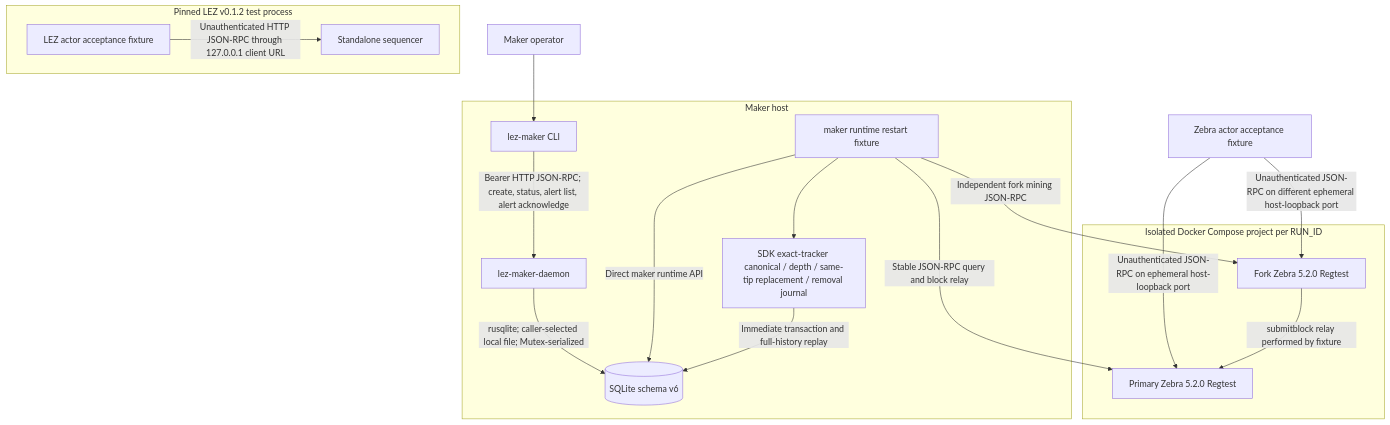
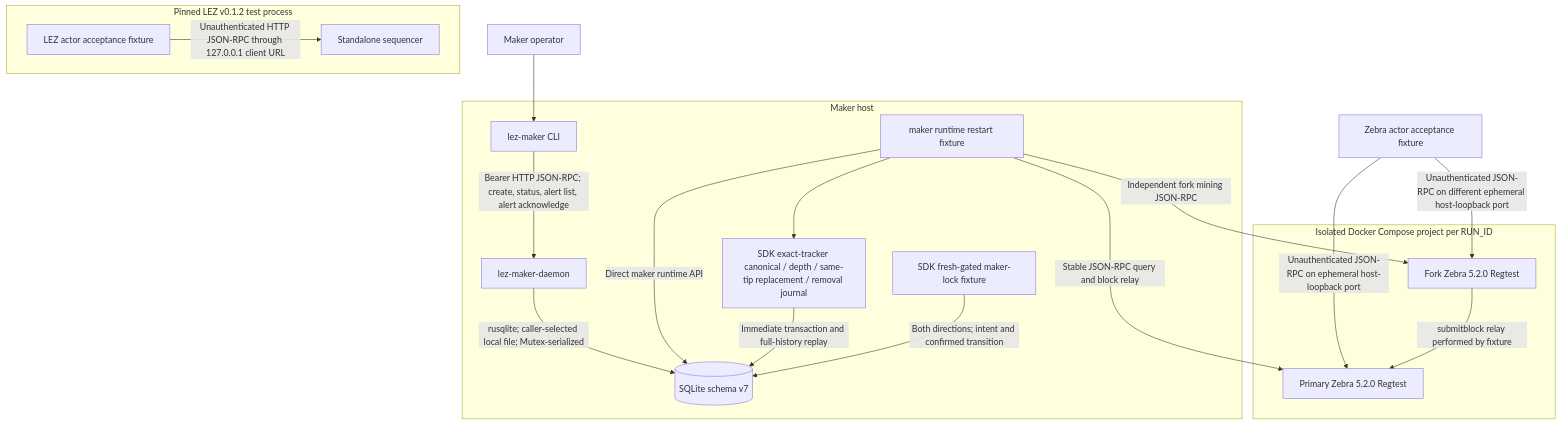
Before and after one commit to gateway-fm/lez-atomic-swaps: the first of 4 diagrams in docs/architecture/deployment-components-and-rpcs.md, drawn with Mermaid. The commit also changed other lines of this file and 24 other files, not shown here.

Commit message:
feat: persist fresh-gated maker locks

````diff
--- a/docs/architecture/deployment-components-and-rpcs.md
+++ b/docs/architecture/deployment-components-and-rpcs.md
@@ -13,37 +13,39 @@
 ```mermaid
 flowchart TB
     Operator["Maker operator"]
 
     subgraph MakerHost["Maker host"]
         CLI["lez-maker CLI"]
         Daemon["lez-maker-daemon"]
-        Store[("SQLite schema v6")]
+        Store[("SQLite schema v7")]
         RuntimeTest["maker runtime restart fixture"]
         SdkJournal["SDK exact-tracker canonical / depth / same-tip replacement / removal journal"]
+        SdkMaker["SDK fresh-gated maker-lock fixture"]
     end
 
     subgraph ZebraProject["Isolated Docker Compose project per RUN_ID"]
         ZebraPrimary["Primary Zebra 5.2.0 Regtest"]
         ZebraFork["Fork Zebra 5.2.0 Regtest"]
     end
 
     ZebraTest["Zebra actor acceptance fixture"]
 
     subgraph LezProcess["Pinned LEZ v0.1.2 test process"]
         LezTest["LEZ actor acceptance fixture"]
         LezNode["Standalone sequencer"]
     end
 
     Operator --> CLI
     CLI -->|"Bearer HTTP JSON-RPC; create, status, alert list, alert acknowledge"| Daemon
     Daemon -->|"rusqlite; caller-selected local file; Mutex-serialized"| Store
     RuntimeTest -->|"Direct maker runtime API"| Store
     RuntimeTest --> SdkJournal
     SdkJournal -->|"Immediate transaction and full-history replay"| Store
+    SdkMaker -->|"Both directions; intent and confirmed transition"| Store
     RuntimeTest -->|"Stable JSON-RPC query and block relay"| ZebraPrimary
     RuntimeTest -->|"Independent fork mining JSON-RPC"| ZebraFork
     ZebraTest -->|"Unauthenticated JSON-RPC on ephemeral host-loopback port"| ZebraPrimary
     ZebraTest -->|"Unauthenticated JSON-RPC on different ephemeral host-loopback port"| ZebraFork
     ZebraFork -->|"submitblock relay performed by fixture"| ZebraPrimary
     LezTest -->|"Unauthenticated HTTP JSON-RPC through 127.0.0.1 client URL"| LezNode
 ```
````
